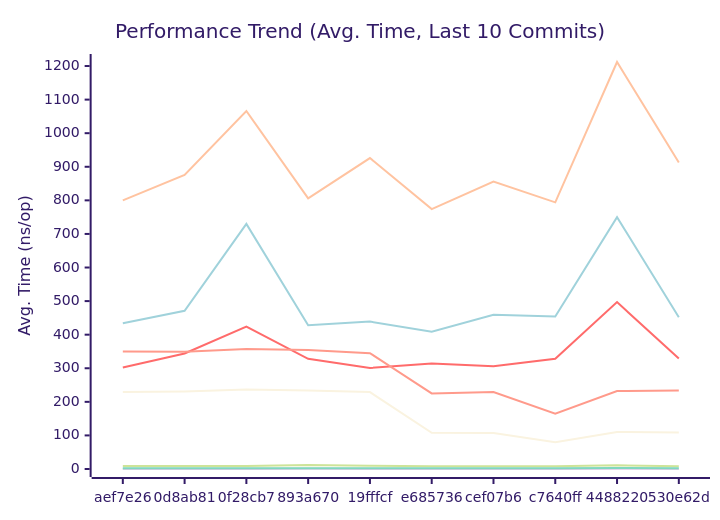
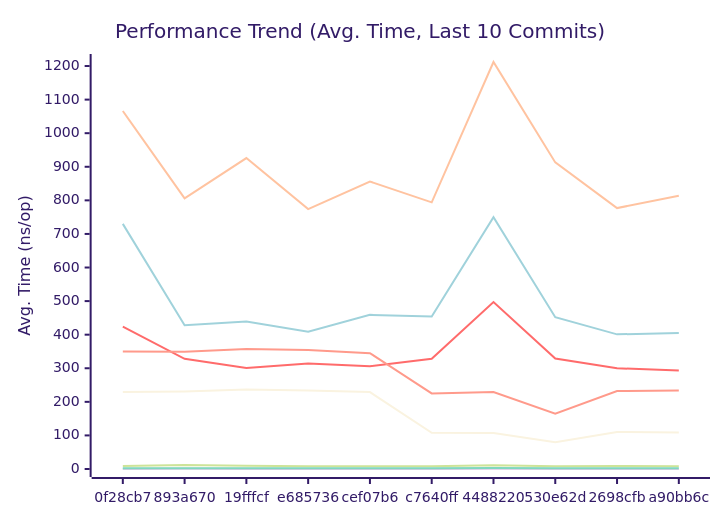
The first of 3 diagrams in docs/PERFORMANCE.md (alsotoes/momo), drawn with Mermaid (forest theme) before and after one commit. The commit also changed other lines of this file and 12 other files, not shown here.

````diff
--- a/docs/PERFORMANCE.md
+++ b/docs/PERFORMANCE.md
@@ -80,16 +80,16 @@
 ```mermaid
 xychart-beta
     title "Performance Trend (Avg. Time, Last 10 Commits)"
     x-axis "Commit"
     y-axis "Avg. Time (ns/op)"
-    x-axis [aef7e26,0d8ab81,0f28cb7,893a670,19fffcf,e685736,cef07b6,c7640ff,4488220,530e62d]
-    line "CheckMetricsAndSwap" [9,9,9,12,10,8,8,8,11,8]
-    line "CrushOptimized" [302,344,424,328,301,314,306,328,497,329]
-    line "CrushOriginal" [434,471,730,428,439,409,459,454,750,452]
-    line "IndexDirectTracking" [0,0,0,1,0,0,0,0,1,0]
+    x-axis [0f28cb7,893a670,19fffcf,e685736,cef07b6,c7640ff,4488220,530e62d,2698cfb,a90bb6c]
+    line "CheckMetricsAndSwap" [9,12,10,8,8,8,11,8,9,8]
+    line "CrushOptimized" [424,328,301,314,306,328,497,329,300,293]
+    line "CrushOriginal" [730,428,439,409,459,454,750,452,401,405]
+    line "IndexDirectTracking" [0,1,0,0,0,0,1,0,0,0]
     line "IndexSearch" [2,2,2,2,2,2,2,2,2,2]
-    line "LoadGlobalConfig" [800,876,1066,806,926,774,856,794,1212,913]
-    line "PadString" [2,2,2,2,2,2,2,2,3,2]
+    line "LoadGlobalConfig" [1066,806,926,774,856,794,1212,913,777,814]
+    line "PadString" [2,2,2,2,2,2,3,2,2,2]
     line "ParseReplicationOrder_NoPrealloc" [350,349,357,354,345,225,229,165,232,234]
     line "ParseReplicationOrder_Prealloc" [229,231,237,234,229,108,107,80,110,109]
 ```
````
